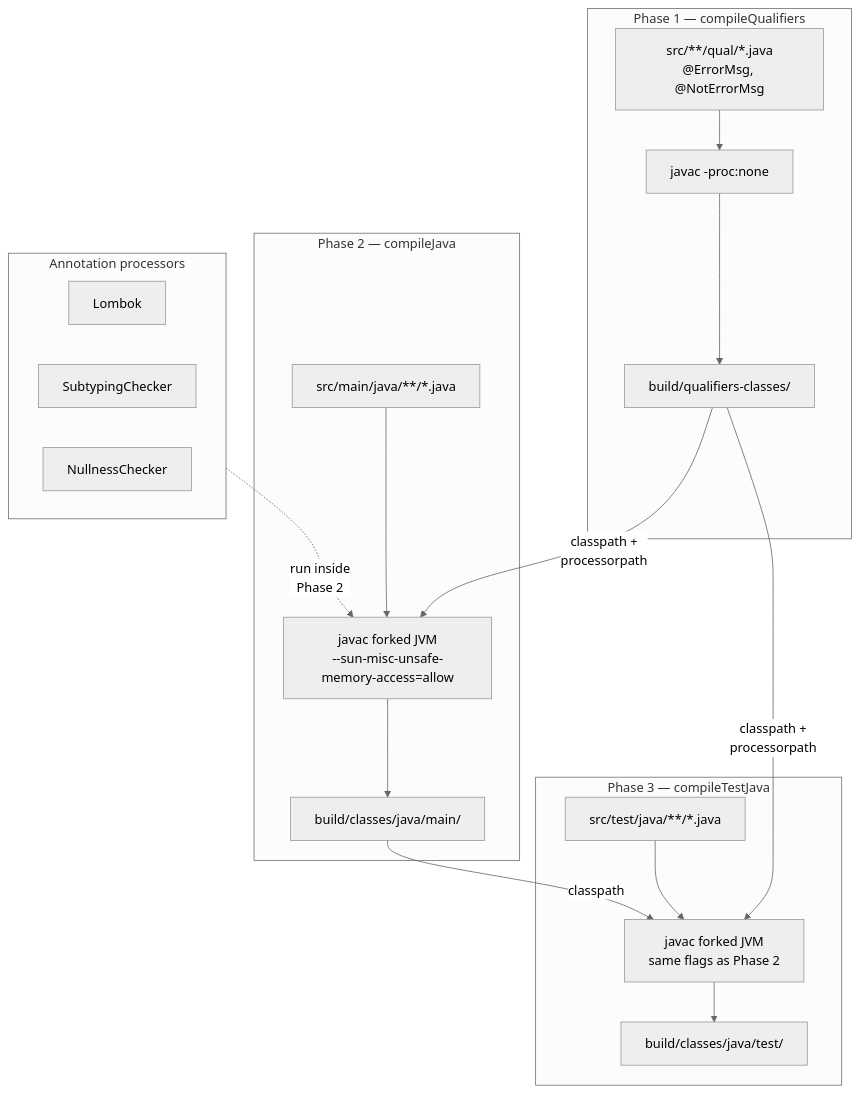
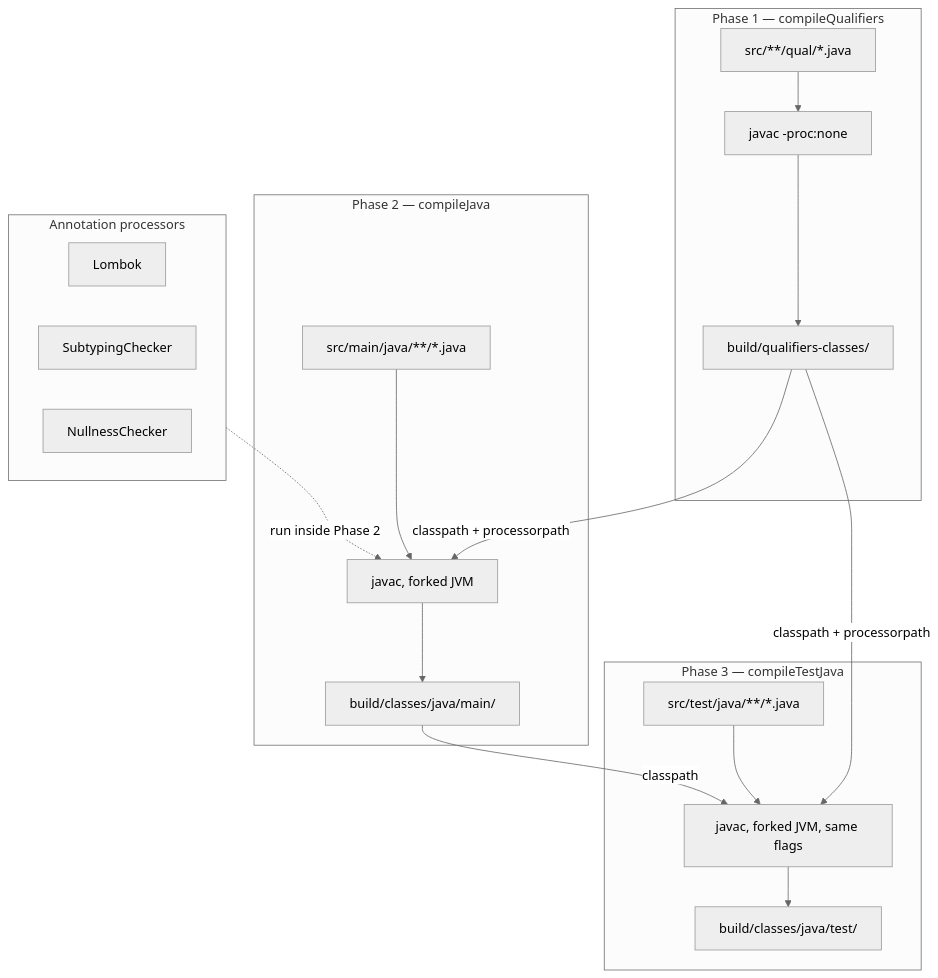
The third of 3 diagrams in traditional-is-not-always-simpler/README.md (oscarvarto/jvm-lang-comparison), drawn with Mermaid (neutral theme) before and after one commit. The commit also changed other lines of this file, not shown here.

Commit message:
Improved documentation for traditional-is-not-always-simpler/README.md; thorough explanation of the build, using mermaid diagrams

````diff
--- a/traditional-is-not-always-simpler/README.md
+++ b/traditional-is-not-always-simpler/README.md
@@ -345,35 +344,35 @@
 ```mermaid
 flowchart TD
     subgraph Phase1["Phase 1 — compileQualifiers"]
-        Q_IN["src/**/qual/*.java\n@ErrorMsg, @NotErrorMsg"]
-        Q_JAVAC["javac  -proc:none"]
+        Q_IN["src/**/qual/*.java"]
+        Q_JAVAC["javac -proc:none"]
         Q_OUT["build/qualifiers-classes/"]
         Q_IN --> Q_JAVAC --> Q_OUT
     end
 
     subgraph Phase2["Phase 2 — compileJava"]
         M_IN["src/main/java/**/*.java"]
-        M_JAVAC["javac forked JVM\n--sun-misc-unsafe-memory-access=allow"]
+        M_JAVAC["javac, forked JVM"]
         M_OUT["build/classes/java/main/"]
         M_IN --> M_JAVAC --> M_OUT
     end
 
     subgraph Processors["Annotation processors"]
         LOMBOK["Lombok"]
         SUBTYPING["SubtypingChecker"]
         NULLNESS["NullnessChecker"]
     end
 
-    Q_OUT -- "classpath +\nprocessorpath" --> M_JAVAC
-    Processors -. "run inside\nPhase 2" .-> M_JAVAC
+    Q_OUT -- "classpath + processorpath" --> M_JAVAC
+    Processors -. "run inside Phase 2" .-> M_JAVAC
 
     subgraph Phase3["Phase 3 — compileTestJava"]
         T_IN["src/test/java/**/*.java"]
-        T_JAVAC["javac forked JVM\nsame flags as Phase 2"]
+        T_JAVAC["javac, forked JVM, same flags"]
         T_OUT["build/classes/java/test/"]
         T_IN --> T_JAVAC --> T_OUT
     end
 
     M_OUT -- classpath --> T_JAVAC
-    Q_OUT -- "classpath +\nprocessorpath" --> T_JAVAC
+    Q_OUT -- "classpath + processorpath" --> T_JAVAC
 ```
````
